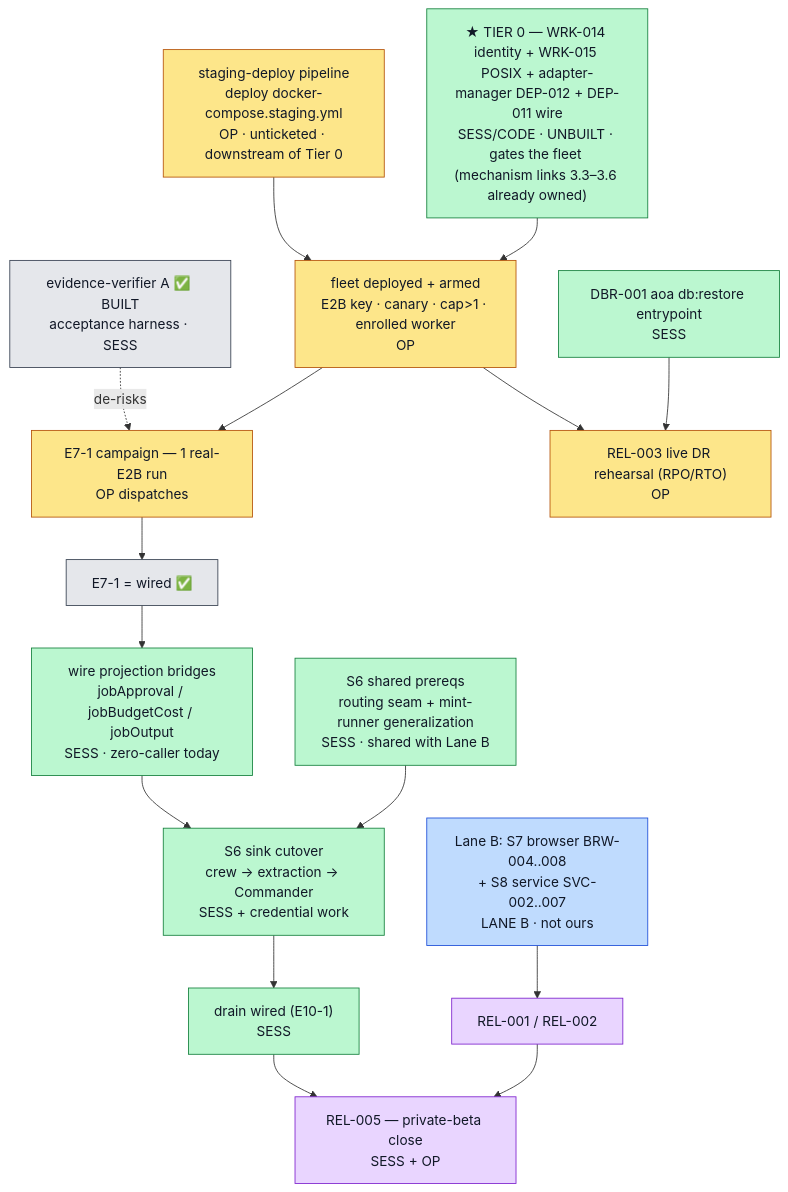
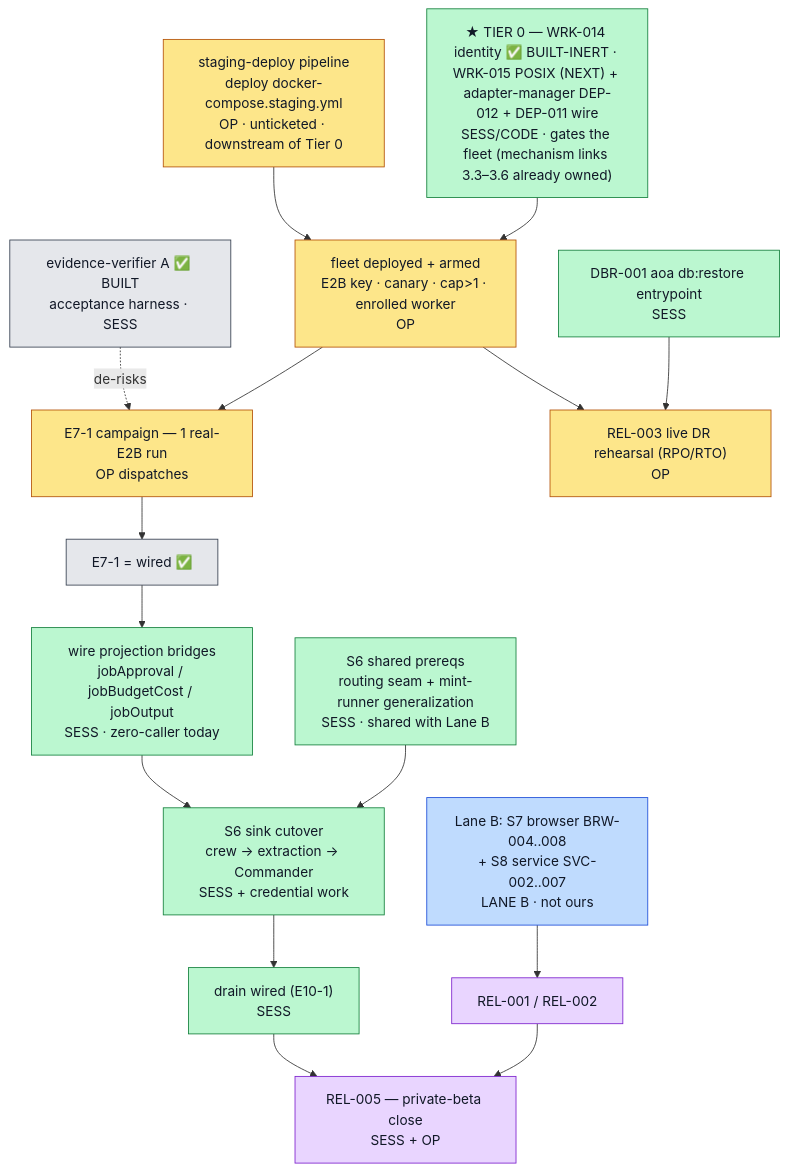
Before and after one commit to MeteoriteLabs/AoA: the diagram in docs/replatform/GO-BOOK.md, drawn with Mermaid. The commit also changed other lines of this file and 15 other files, not shown here.

````diff
--- a/docs/replatform/GO-BOOK.md
+++ b/docs/replatform/GO-BOOK.md
@@ -158,34 +162,34 @@
 ```mermaid
 flowchart TD
   V["evidence-verifier A ✅ BUILT<br/>acceptance harness · SESS"]:::done
   C0["staging-deploy pipeline<br/>deploy docker-compose.staging.yml<br/>OP · unticketed · downstream of Tier 0"]:::op
-  D11["★ TIER 0 — WRK-014 identity + WRK-015 POSIX + adapter-manager DEP-012 + DEP-011 wire<br/>SESS/CODE · UNBUILT · gates the fleet (mechanism links 3.3–3.6 already owned)"]:::sess
+  D11["★ TIER 0 — WRK-014 identity ✅ BUILT-INERT · WRK-015 POSIX (NEXT) + adapter-manager DEP-012 + DEP-011 wire<br/>SESS/CODE · gates the fleet (mechanism links 3.3–3.6 already owned)"]:::sess
   C2["fleet deployed + armed<br/>E2B key · canary · cap&gt;1 · enrolled worker<br/>OP"]:::op
   C3["E7-1 campaign — 1 real-E2B run<br/>OP dispatches"]:::op
   CW["E7-1 = wired ✅"]:::done
   BR["wire projection bridges<br/>jobApproval / jobBudgetCost / jobOutput<br/>SESS · zero-caller today"]:::sess
   RT["S6 shared prereqs<br/>routing seam + mint-runner generalization<br/>SESS · shared with Lane B"]:::sess
   SK["S6 sink cutover<br/>crew → extraction → Commander<br/>SESS + credential work"]:::sess
   DR["drain wired (E10-1)<br/>SESS"]:::sess
   R5["REL-005 — private-beta close<br/>SESS + OP"]:::mix
   LB["Lane B: S7 browser BRW-004..008<br/>+ S8 service SVC-002..007<br/>LANE B · not ours"]:::laneb
   R1["REL-001 / REL-002"]:::mix
   DBR["DBR-001 aoa db:restore entrypoint<br/>SESS"]:::sess
   R3["REL-003 live DR rehearsal (RPO/RTO)<br/>OP"]:::op
 
   V -.->|de-risks| C3
   C0 --> C2
   D11 --> C2
   C2 --> C3 --> CW --> BR --> SK
   RT --> SK
   SK --> DR --> R5
   LB --> R1 --> R5
   DBR --> R3
   C2 --> R3
 
   classDef op fill:#fde68a,stroke:#b45309,color:#111827;
   classDef sess fill:#bbf7d0,stroke:#15803d,color:#111827;
   classDef laneb fill:#bfdbfe,stroke:#1d4ed8,color:#111827;
   classDef done fill:#e5e7eb,stroke:#374151,color:#111827;
   classDef mix fill:#e9d5ff,stroke:#7e22ce,color:#111827;
 ```
````
